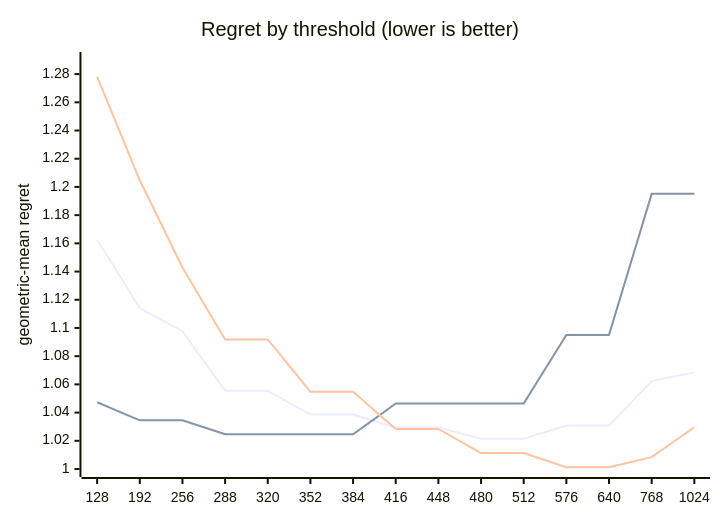
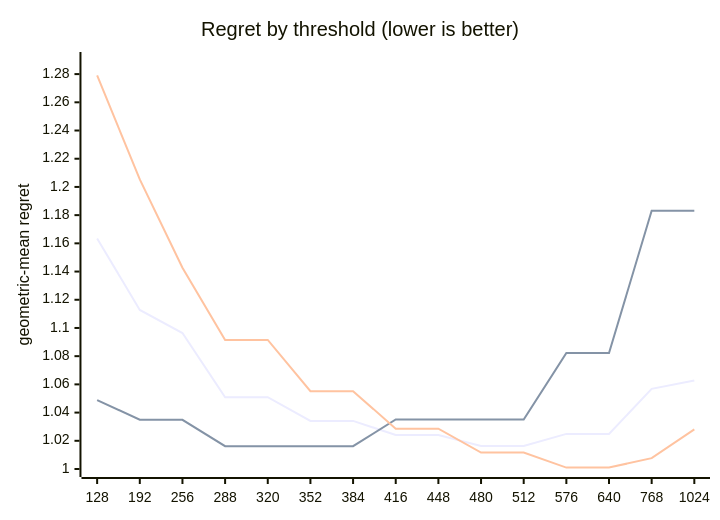
One commit to c0rmac/metal-linalg changed the diagram in docs/results/apple-m5-pro-20gpu/combined/qr/report.md. Above: the diagram before and after it, drawn with Mermaid. The commit also changed other lines of this file and 106 other files, not shown here.

````diff
--- a/docs/results/apple-m5-pro-20gpu/combined/qr/report.md
+++ b/docs/results/apple-m5-pro-20gpu/combined/qr/report.md
@@ -77,9 +79,9 @@
 ```mermaid
 xychart-beta
     title "Regret by threshold (lower is better)"
     x-axis [128, 192, 256, 288, 320, 352, 384, 416, 448, 480, 512, 576, 640, 768, 1024]
     y-axis "geometric-mean regret" 1.0 --> 1.29
-    line [1.1626, 1.1140, 1.0977, 1.0554, 1.0554, 1.0386, 1.0386, 1.0295, 1.0295, 1.0215, 1.0215, 1.0308, 1.0308, 1.0623, 1.0685]
-    line [1.0473, 1.0345, 1.0345, 1.0246, 1.0246, 1.0246, 1.0246, 1.0464, 1.0464, 1.0464, 1.0464, 1.0951, 1.0951, 1.1951, 1.1951]
-    line [1.2780, 1.2047, 1.1429, 1.0919, 1.0919, 1.0547, 1.0547, 1.0284, 1.0284, 1.0113, 1.0113, 1.0012, 1.0012, 1.0084, 1.0296]
+    line [1.1635, 1.1128, 1.0964, 1.0509, 1.0509, 1.0341, 1.0341, 1.0241, 1.0241, 1.0163, 1.0163, 1.0249, 1.0249, 1.0568, 1.0627]
+    line [1.0489, 1.0349, 1.0349, 1.0162, 1.0162, 1.0162, 1.0162, 1.0351, 1.0351, 1.0351, 1.0351, 1.0822, 1.0822, 1.1831, 1.1831]
+    line [1.2791, 1.2053, 1.1427, 1.0915, 1.0915, 1.0552, 1.0552, 1.0286, 1.0286, 1.0117, 1.0117, 1.0010, 1.0010, 1.0077, 1.0281]
 ```
````
